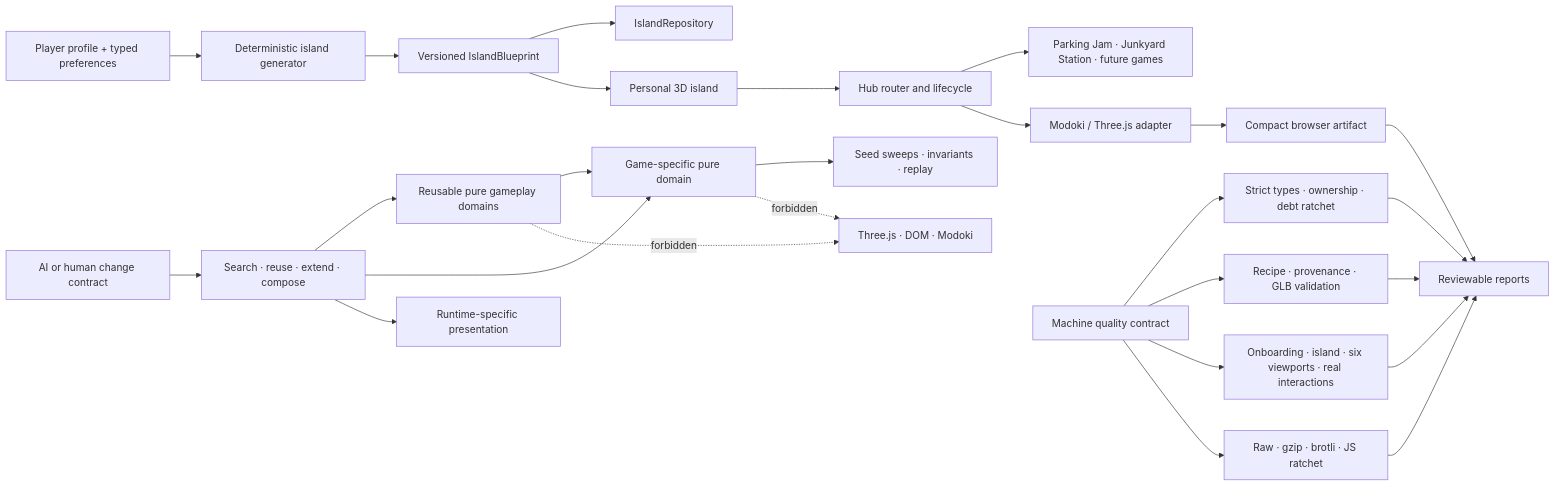
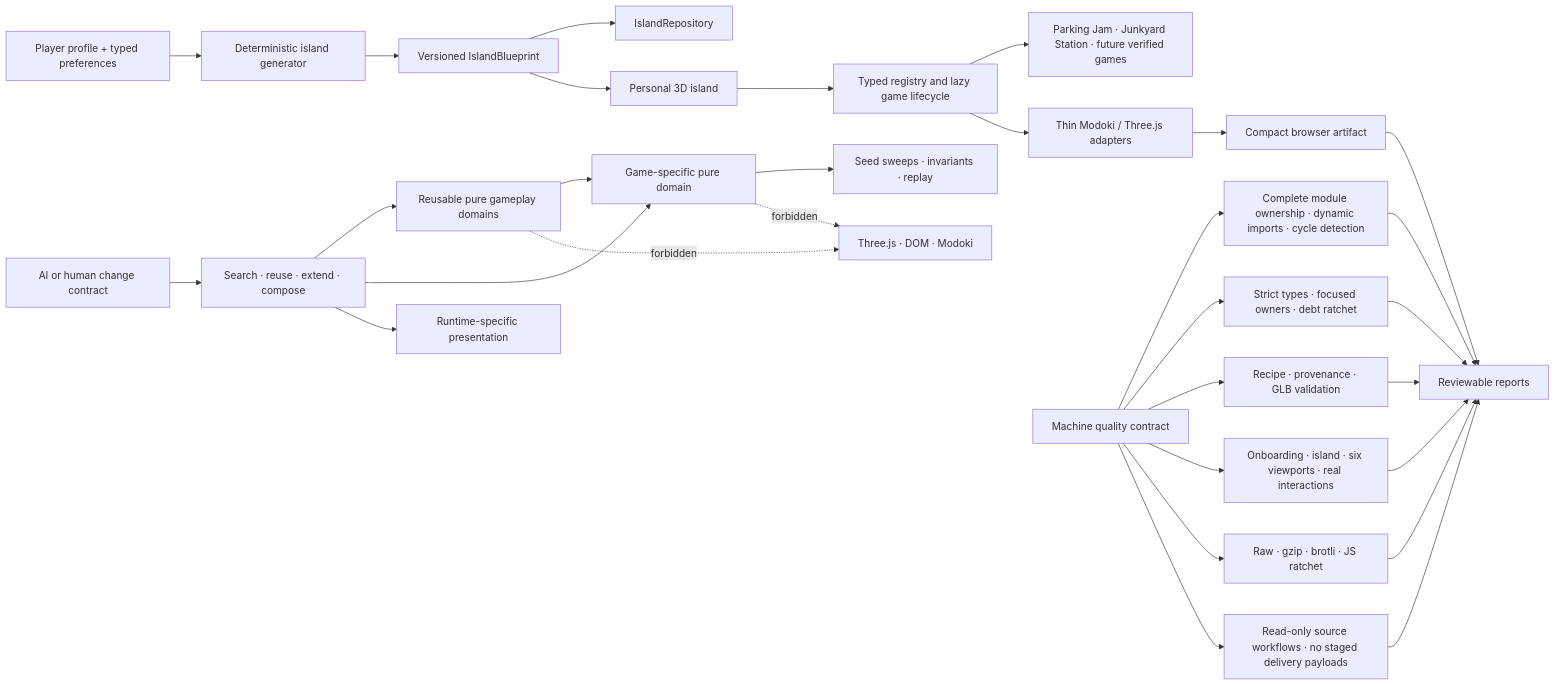
One commit to T-Damer/slop changed the diagram in architecture/target.mmd. Above: the diagram before and after it, drawn with Mermaid. The commit also changed 37 other files, not shown here.

Commit message:
refactor: harden architecture and optimize parking runtime

```diff
--- a/architecture/target.mmd
+++ b/architecture/target.mmd
@@ -1,29 +1,33 @@
 flowchart LR
     Task[AI or human change contract] --> Search[Search · reuse · extend · compose]
     Search --> SharedDomain[Reusable pure gameplay domains]
     Search --> GameDomain[Game-specific pure domain]
     Search --> Presentation[Runtime-specific presentation]
     SharedDomain --> GameDomain
     GameDomain --> Tests[Seed sweeps · invariants · replay]
 
     Profile[Player profile + typed preferences] --> Generator[Deterministic island generator]
     Generator --> Blueprint[Versioned IslandBlueprint]
     Blueprint --> Repository[IslandRepository]
     Blueprint --> IslandScene[Personal 3D island]
-    IslandScene --> Hub[Hub router and lifecycle]
-    Hub --> Games[Parking Jam · Junkyard Station · future games]
-    Hub --> Runtime[Modoki / Three.js adapter]
+    IslandScene --> Hub[Typed registry and lazy game lifecycle]
+    Hub --> Games[Parking Jam · Junkyard Station · future verified games]
+    Hub --> Runtime[Thin Modoki / Three.js adapters]
     Runtime --> Build[Compact browser artifact]
 
-    Quality[Machine quality contract] --> CodeGate[Strict types · ownership · debt ratchet]
+    Quality[Machine quality contract] --> OwnershipGate[Complete module ownership · dynamic imports · cycle detection]
+    Quality --> CodeGate[Strict types · focused owners · debt ratchet]
     Quality --> AssetGate[Recipe · provenance · GLB validation]
     Quality --> UiGate[Onboarding · island · six viewports · real interactions]
     Quality --> BudgetGate[Raw · gzip · brotli · JS ratchet]
-    CodeGate --> CI[Reviewable reports]
+    Quality --> WorkflowGate[Read-only source workflows · no staged delivery payloads]
+    OwnershipGate --> CI[Reviewable reports]
+    CodeGate --> CI
     AssetGate --> CI
     UiGate --> CI
     BudgetGate --> CI
+    WorkflowGate --> CI
     Build --> CI
 
     SharedDomain -. forbidden .-> Three[Three.js · DOM · Modoki]
     GameDomain -. forbidden .-> Three
```
